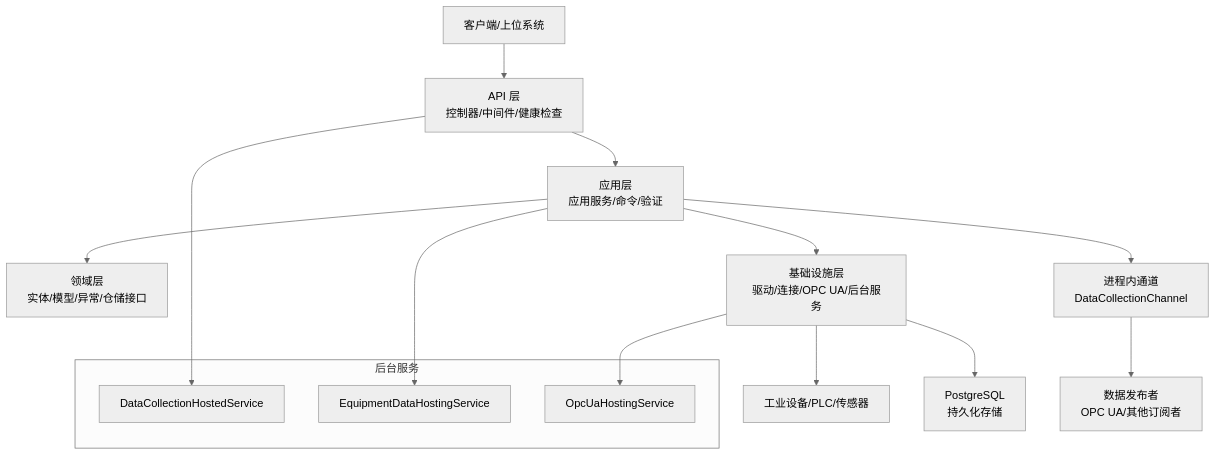
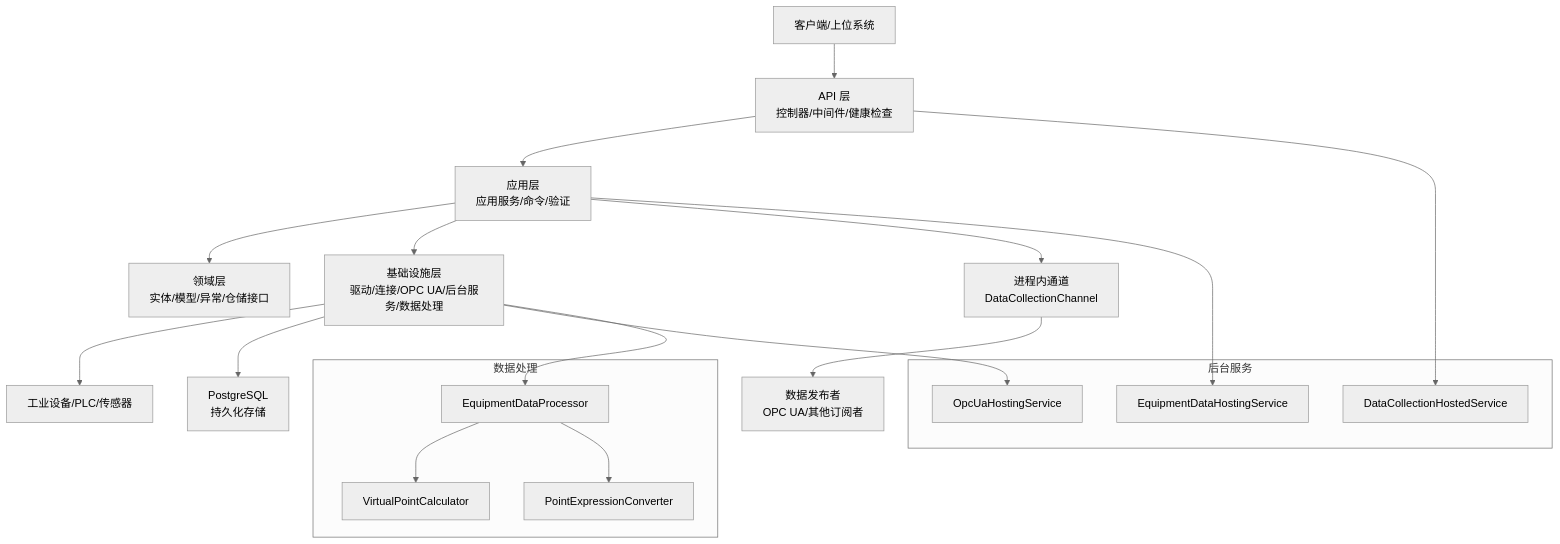
The second of 7 diagrams in .qoder/repowiki/zh/content/项目概述.md (whitemousetl/IndustrialDataSolution), drawn with Mermaid (neutral theme) before and after one commit. The commit also changed other lines of this file and 4 other files, not shown here.

````diff
--- a/.qoder/repowiki/zh/content/项目概述.md
+++ b/.qoder/repowiki/zh/content/项目概述.md
@@ -120,19 +124,27 @@
 ```mermaid
 graph TB
 Client["客户端/上位系统"] --> API["API 层<br/>控制器/中间件/健康检查"]
 API --> APP["应用层<br/>应用服务/命令/验证"]
 APP --> DOMAIN["领域层<br/>实体/模型/异常/仓储接口"]
-APP --> INFRA["基础设施层<br/>驱动/连接/OPC UA/后台服务"]
+APP --> INFRA["基础设施层<br/>驱动/连接/OPC UA/后台服务/数据处理"]
 INFRA --> HW["工业设备/PLC/传感器"]
 INFRA --> DB["PostgreSQL<br/>持久化存储"]
 APP --> CHANNEL["进程内通道<br/>DataCollectionChannel"]
 CHANNEL --> PUBLISHER["数据发布者<br/>OPC UA/其他订阅者"]
 subgraph "后台服务"
 HOST1["DataCollectionHostedService"]
 HOST2["EquipmentDataHostingService"]
 HOST3["OpcUaHostingService"]
 end
 API --> HOST1
 APP --> HOST2
 INFRA --> HOST3
+subgraph "数据处理"
+PROC["EquipmentDataProcessor"]
+VPC["VirtualPointCalculator"]
+PEC["PointExpressionConverter"]
+end
+INFRA --> PROC
+PROC --> VPC
+PROC --> PEC
 ```
````
